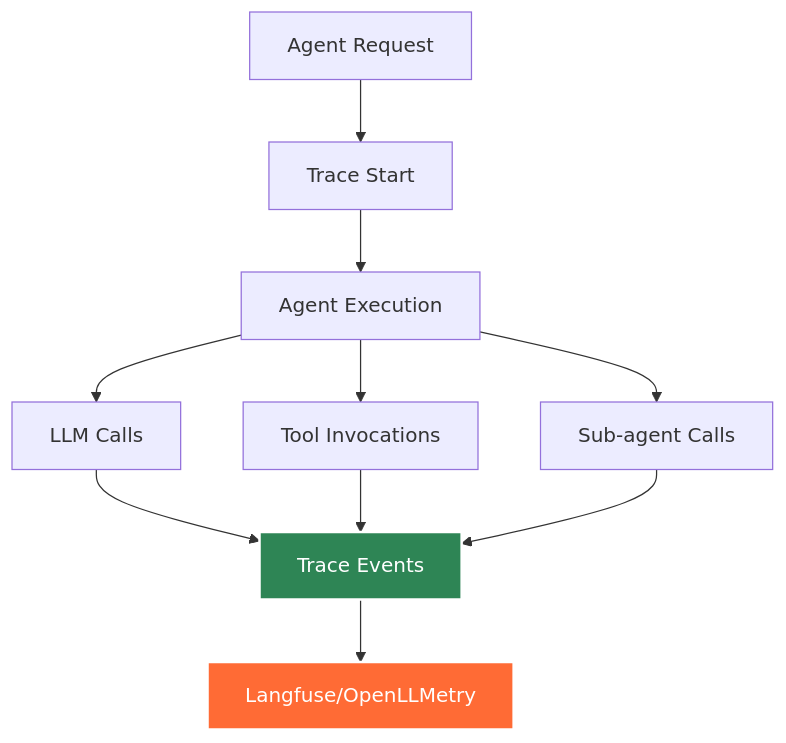
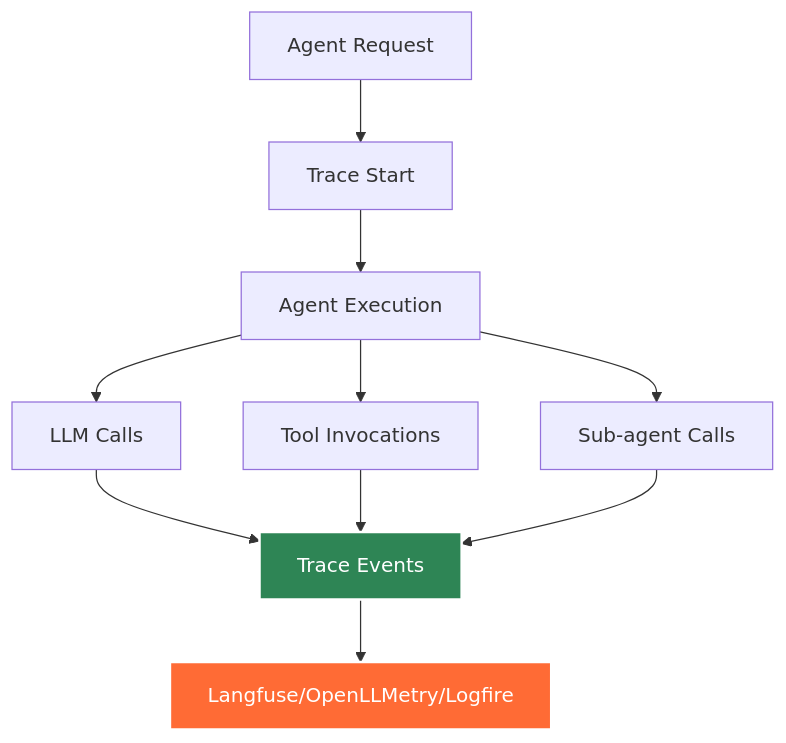
Before and after one commit to yaalalabs/agent-kernel: the diagram in docs/docs/advanced/traceability.md, drawn with Mermaid. The commit also changed other lines of this file and 23 other files, not shown here.

````diff
--- a/docs/docs/advanced/traceability.md
+++ b/docs/docs/advanced/traceability.md
@@ -13,15 +13,15 @@
 ```mermaid
 graph TB
     A[Agent Request] --> B[Trace Start]
     B --> C[Agent Execution]
     C --> D[LLM Calls]
     C --> E[Tool Invocations]
     C --> F[Sub-agent Calls]
     D --> G[Trace Events]
     E --> G
     F --> G
-    G --> H[Langfuse/OpenLLMetry]
+    G --> H[Langfuse/OpenLLMetry/Logfire]
     
     style G fill:#2e8555,stroke:#fff,stroke-width:2px,color:#fff
     style H fill:#ff6b35,stroke:#fff,stroke-width:2px,color:#fff
 ```
````
